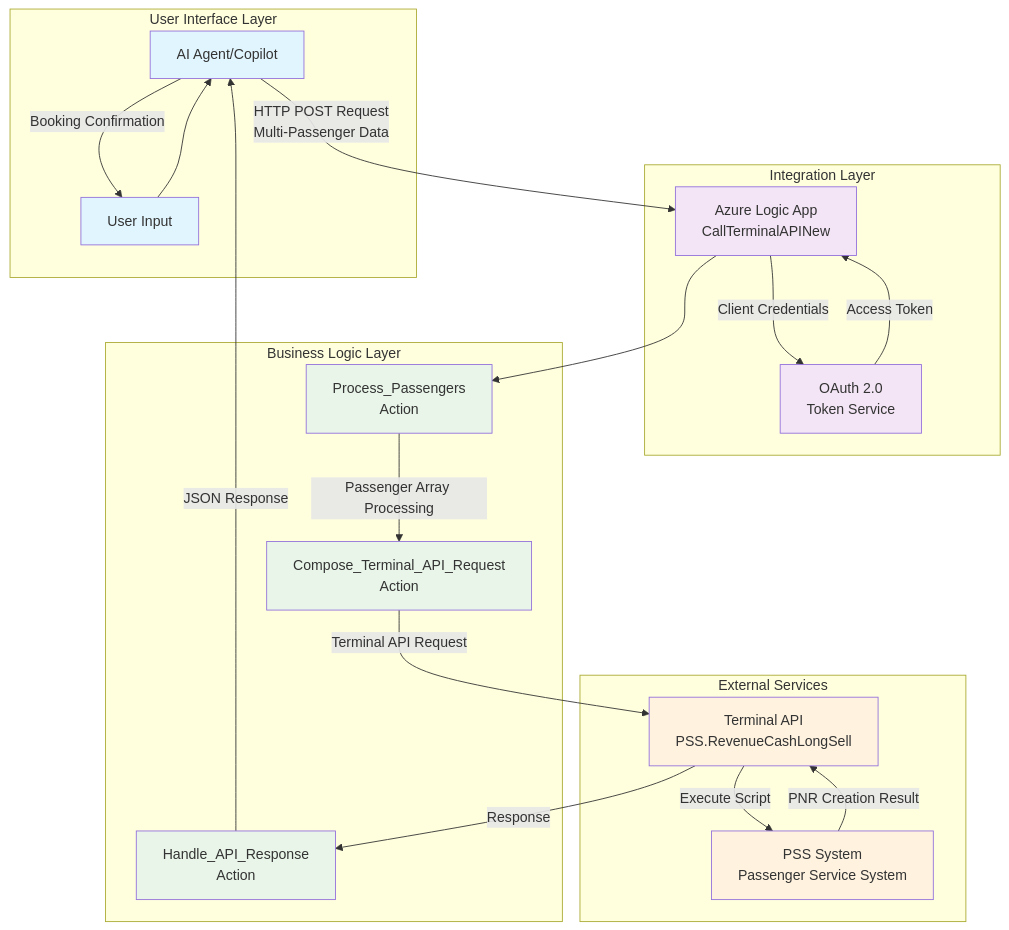
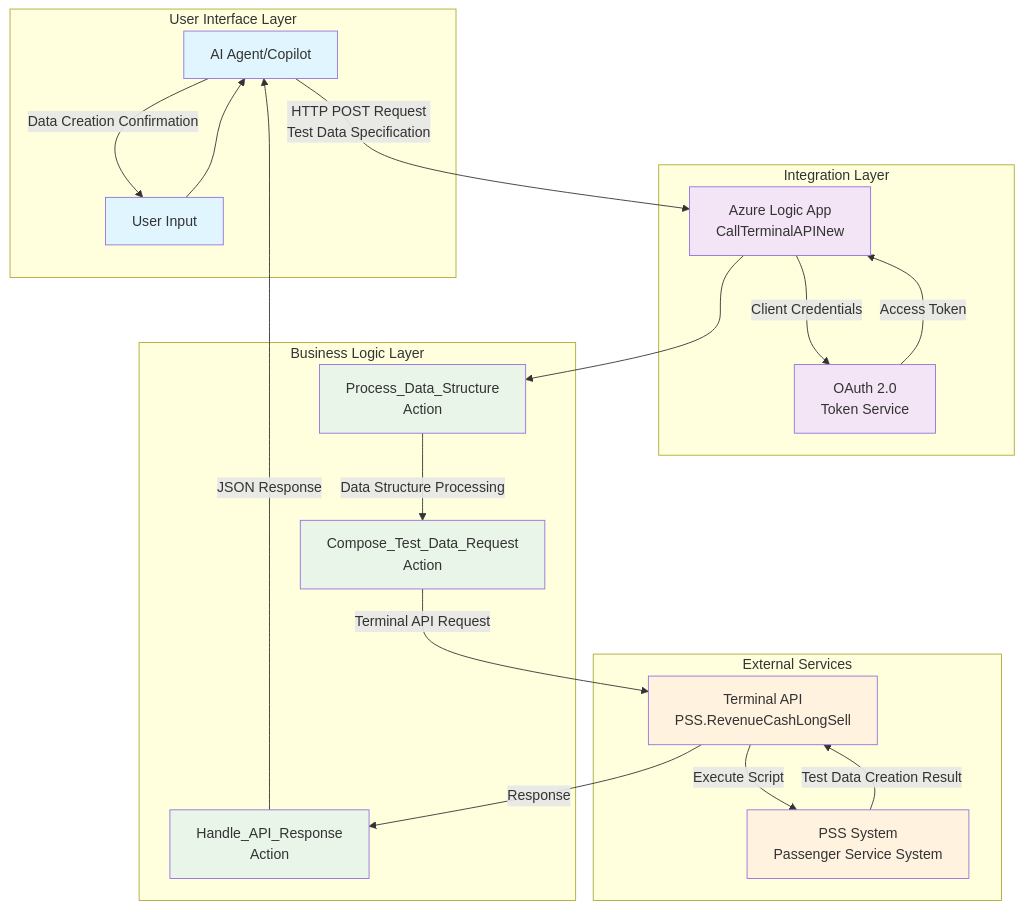
Before and after one commit to vijaythotadappa/smart-test-data-creator: the first of 5 diagrams in INNOVATION_DAY_PRESENTATION.md, drawn with Mermaid. The commit also changed other lines of this file, not shown here.

First line of the commit message:
Transform to Smart Test Data Creator: Universal AI-powered test data generation system

````diff
--- a/INNOVATION_DAY_PRESENTATION.md
+++ b/INNOVATION_DAY_PRESENTATION.md
@@ -31,52 +31,52 @@
 ```mermaid
 graph TB
     %% User Interface Layer
     subgraph "User Interface Layer"
         AI[AI Agent/Copilot]
         USER[User Input]
     end
     
     %% Integration Layer
     subgraph "Integration Layer"
         LA[Azure Logic App<br/>CallTerminalAPINew]
         AUTH[OAuth 2.0<br/>Token Service]
     end
     
     %% Business Logic Layer
     subgraph "Business Logic Layer"
-        PP[Process_Passengers<br/>Action]
-        CTR[Compose_Terminal_API_Request<br/>Action]
+        PP[Process_Data_Structure<br/>Action]
+        CTR[Compose_Test_Data_Request<br/>Action]
         HAR[Handle_API_Response<br/>Action]
     end
     
     %% External Services
     subgraph "External Services"
         TAPI[Terminal API<br/>PSS.RevenueCashLongSell]
         PSS[PSS System<br/>Passenger Service System]
     end
     
     %% Data Flow
     USER --> AI
-    AI --> |HTTP POST Request<br/>Multi-Passenger Data| LA
+    AI --> |HTTP POST Request<br/>Test Data Specification| LA
     LA --> |Client Credentials| AUTH
     AUTH --> |Access Token| LA
     LA --> PP
-    PP --> |Passenger Array Processing| CTR
+    PP --> |Data Structure Processing| CTR
     CTR --> |Terminal API Request| TAPI
     TAPI --> |Execute Script| PSS
-    PSS --> |PNR Creation Result| TAPI
+    PSS --> |Test Data Creation Result| TAPI
     TAPI --> |Response| HAR
     HAR --> |JSON Response| AI
-    AI --> |Booking Confirmation| USER
+    AI --> |Data Creation Confirmation| USER
     
     %% Styling
     classDef userLayer fill:#e1f5fe
     classDef integrationLayer fill:#f3e5f5
     classDef businessLayer fill:#e8f5e8
     classDef externalLayer fill:#fff3e0
     
     class AI,USER userLayer
     class LA,AUTH integrationLayer
     class PP,CTR,HAR businessLayer
     class TAPI,PSS externalLayer
 ```
````
